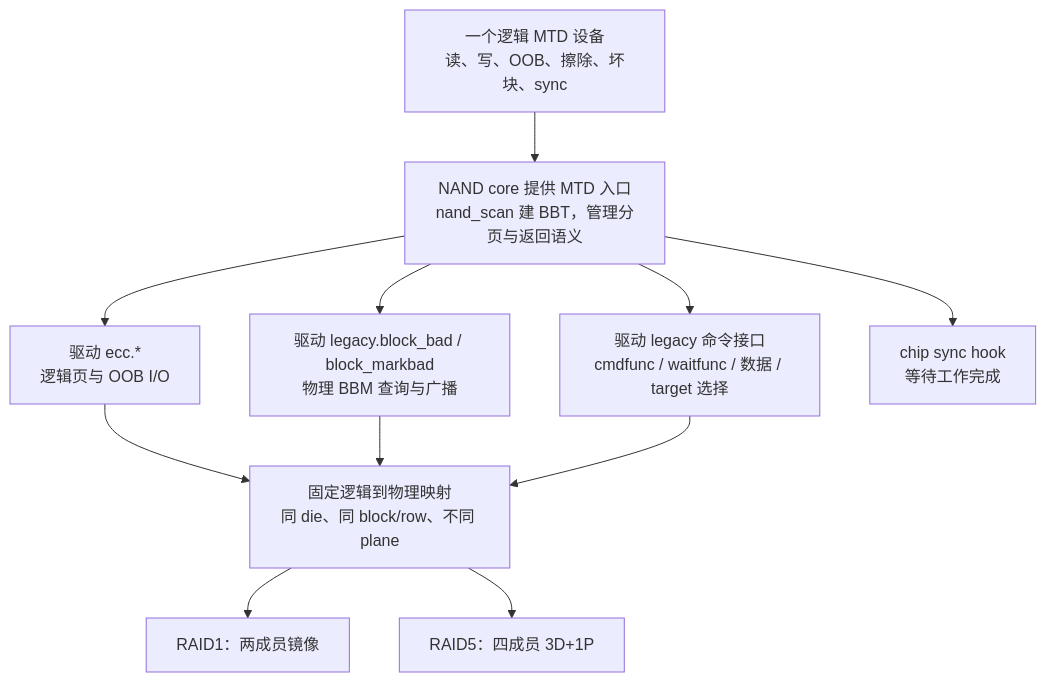
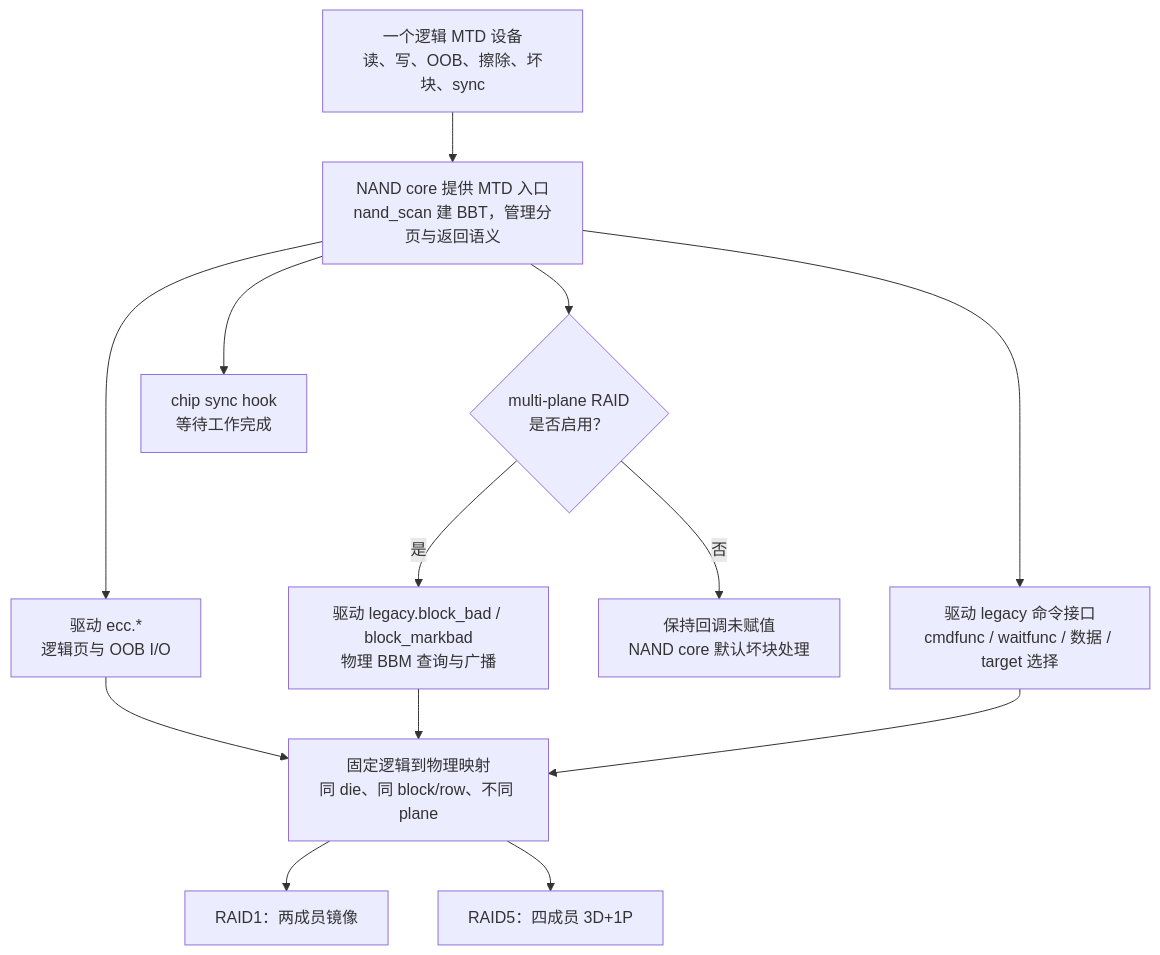
Before and after one commit to avenstar65/3dnand_test: the first of 18 diagrams in docs/superpowers/specs/2026-08-30-multiplane-page-raid1-raid5-design.md, drawn with Mermaid. The commit also changed other lines of this file and 3 other files, not shown here.

Commit message:
fix: keep bad-block callbacks multi-plane only

````diff
--- a/docs/superpowers/specs/2026-08-30-multiplane-page-raid1-raid5-design.md
+++ b/docs/superpowers/specs/2026-08-30-multiplane-page-raid1-raid5-design.md
@@ -53,14 +56,16 @@
 ```mermaid
 flowchart TB
     M["一个逻辑 MTD 设备<br/>读、写、OOB、擦除、坏块、sync"]
     M --> C["NAND core 提供 MTD 入口<br/>nand_scan 建 BBT，管理分页与返回语义"]
     C --> E["驱动 ecc.*<br/>逻辑页与 OOB I/O"]
-    C --> B["驱动 legacy.block_bad / block_markbad<br/>物理 BBM 查询与广播"]
+    C --> G{"multi-plane RAID<br/>是否启用？"}
+    G -->|"是"| B["驱动 legacy.block_bad / block_markbad<br/>物理 BBM 查询与广播"]
+    G -->|"否"| D["保持回调未赋值<br/>NAND core 默认坏块处理"]
     C --> O["驱动 legacy 命令接口<br/>cmdfunc / waitfunc / 数据 / target 选择"]
     C --> S["chip sync hook<br/>等待工作完成"]
     E --> R["固定逻辑到物理映射<br/>同 die、同 block/row、不同 plane"]
     B --> R
     O --> R
     R --> P1["RAID1：两成员镜像"]
     R --> P5["RAID5：四成员 3D+1P"]
 ```
````
